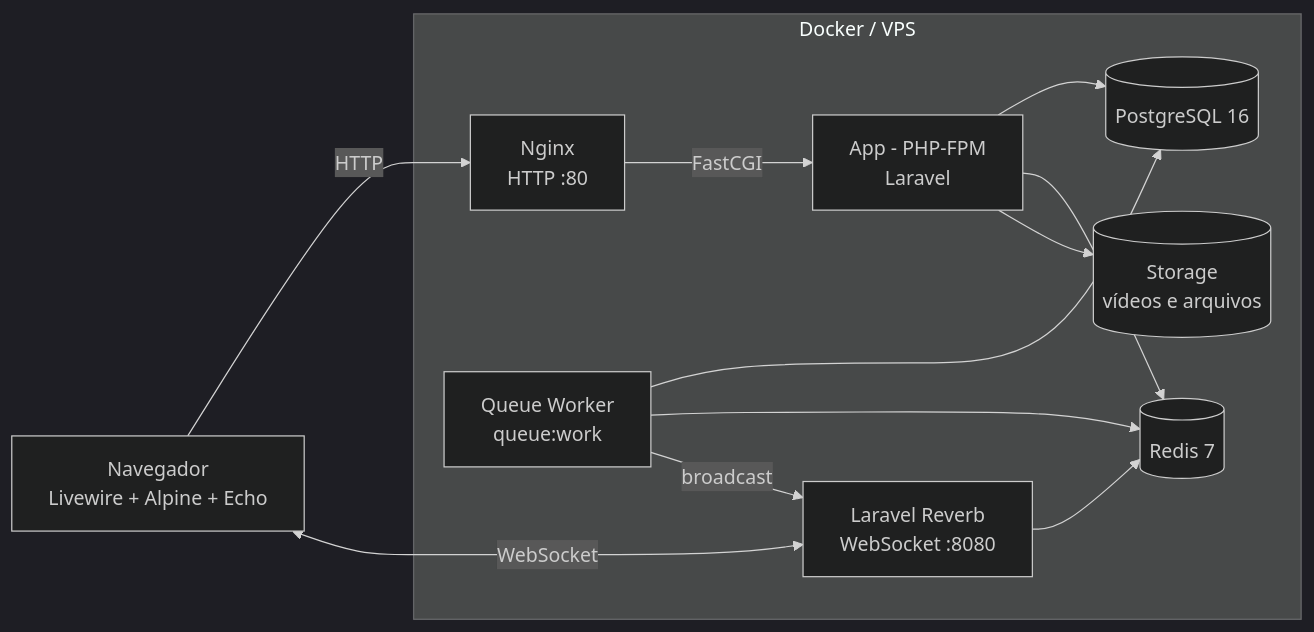
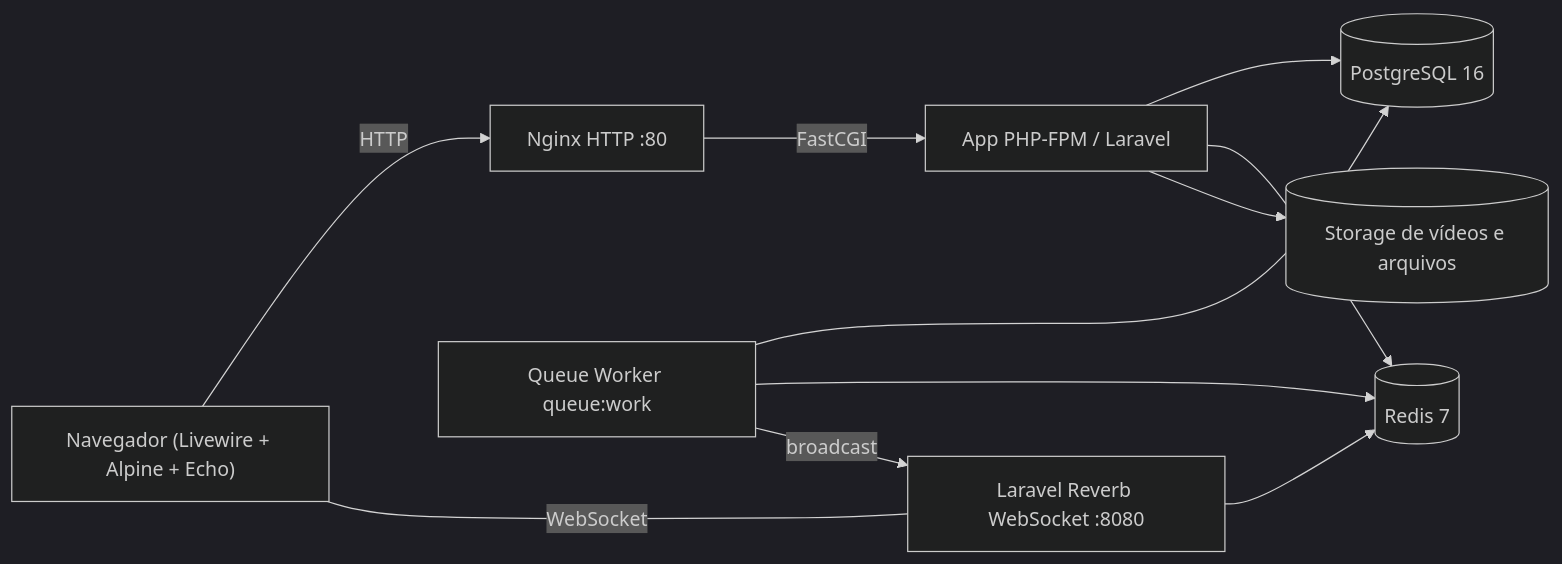
One commit to DanielVavgenczak/app-aiava changed the first of 2 diagrams in README.md. Above: the diagram before and after it, drawn with Mermaid (dark theme). The commit also changed other lines of this file, not shown here.

Commit message:
docs: corrige diagramas Mermaid do README [skip ci]

````diff
--- a/README.md
+++ b/README.md
@@ -80,25 +80,22 @@
 ```mermaid
 flowchart LR
-    Browser[Navegador<br/>Livewire + Alpine + Echo]
-
-    subgraph Docker["Docker / VPS"]
-        Nginx[Nginx<br/>HTTP :80]
-        App[App - PHP-FPM<br/>Laravel]
-        Queue[Queue Worker<br/>queue:work]
-        Reverb[Laravel Reverb<br/>WebSocket :8080]
-        Postgres[(PostgreSQL 16)]
-        Redis[(Redis 7)]
-        Storage[(Storage<br/>vídeos e arquivos)]
-    end
+    Browser["Navegador (Livewire + Alpine + Echo)"]
+    Nginx["Nginx HTTP :80"]
+    App["App PHP-FPM / Laravel"]
+    Queue["Queue Worker queue:work"]
+    Reverb["Laravel Reverb WebSocket :8080"]
+    Postgres[("PostgreSQL 16")]
+    Redis[("Redis 7")]
+    Storage[("Storage de vídeos e arquivos")]
 
     Browser -->|HTTP| Nginx
+    Browser ---|WebSocket| Reverb
     Nginx -->|FastCGI| App
-    Browser <-->|WebSocket| Reverb
     App --> Postgres
     App --> Redis
     App --> Storage
     Queue --> Postgres
     Queue --> Redis
     Queue -->|broadcast| Reverb
     Reverb --> Redis
 ```
````
